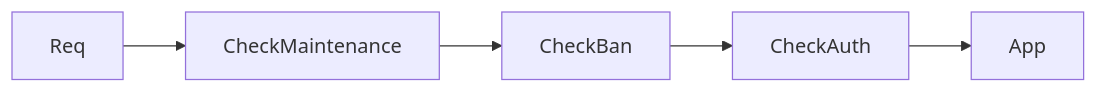
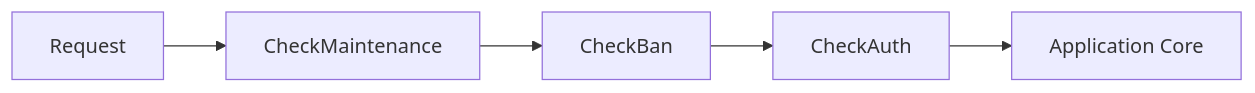
One commit to subhashladumor1/laravel-mastery-roadmap changed diagram 36 of 50 in diagrams/50-comprehensive-diagrams.md. Above: the diagram before and after it, drawn with Mermaid. The commit also changed other lines of this file and 6 other files, not shown here.

First line of the commit message:
diagram rich issue

````diff
--- a/diagrams/50-comprehensive-diagrams.md
+++ b/diagrams/50-comprehensive-diagrams.md
@@ -374,7 +374,7 @@
 ```mermaid
 graph LR
-    Req --> Step1[CheckMaintenance]
+    Req[Request] --> Step1[CheckMaintenance]
     Step1 --> Step2[CheckBan]
     Step2 --> Step3[CheckAuth]
-    Step3 --> App
+    Step3 --> App[Application Core]
 ```
````
